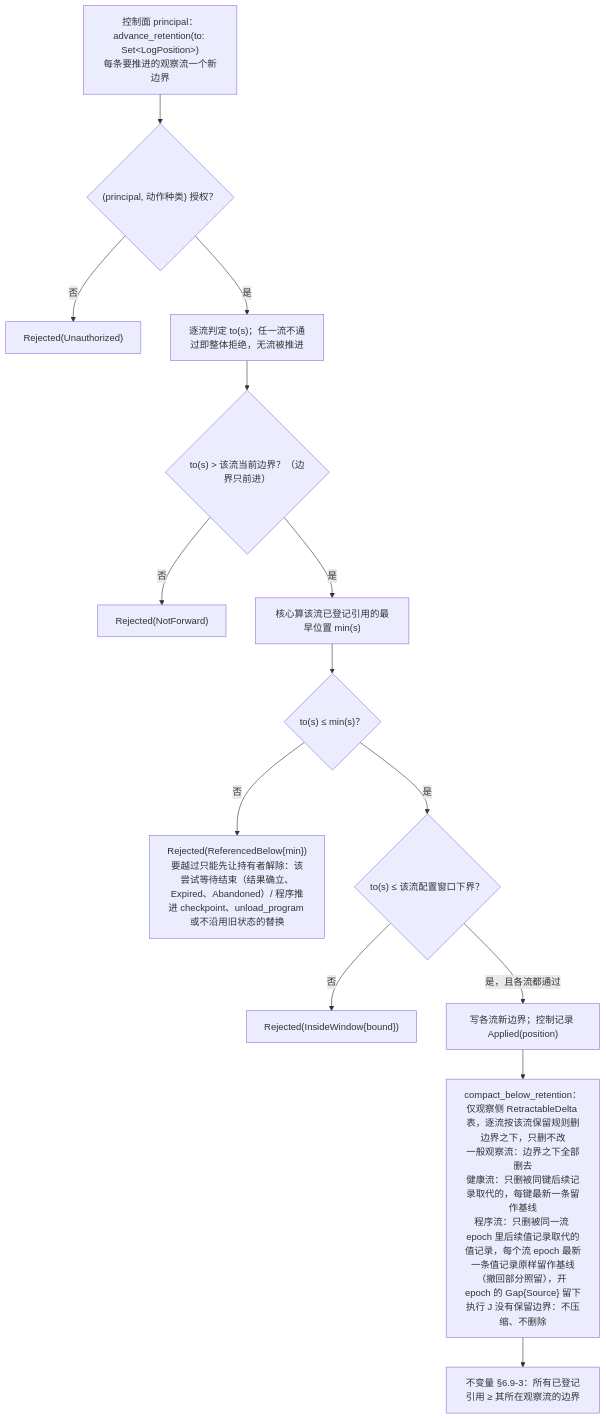
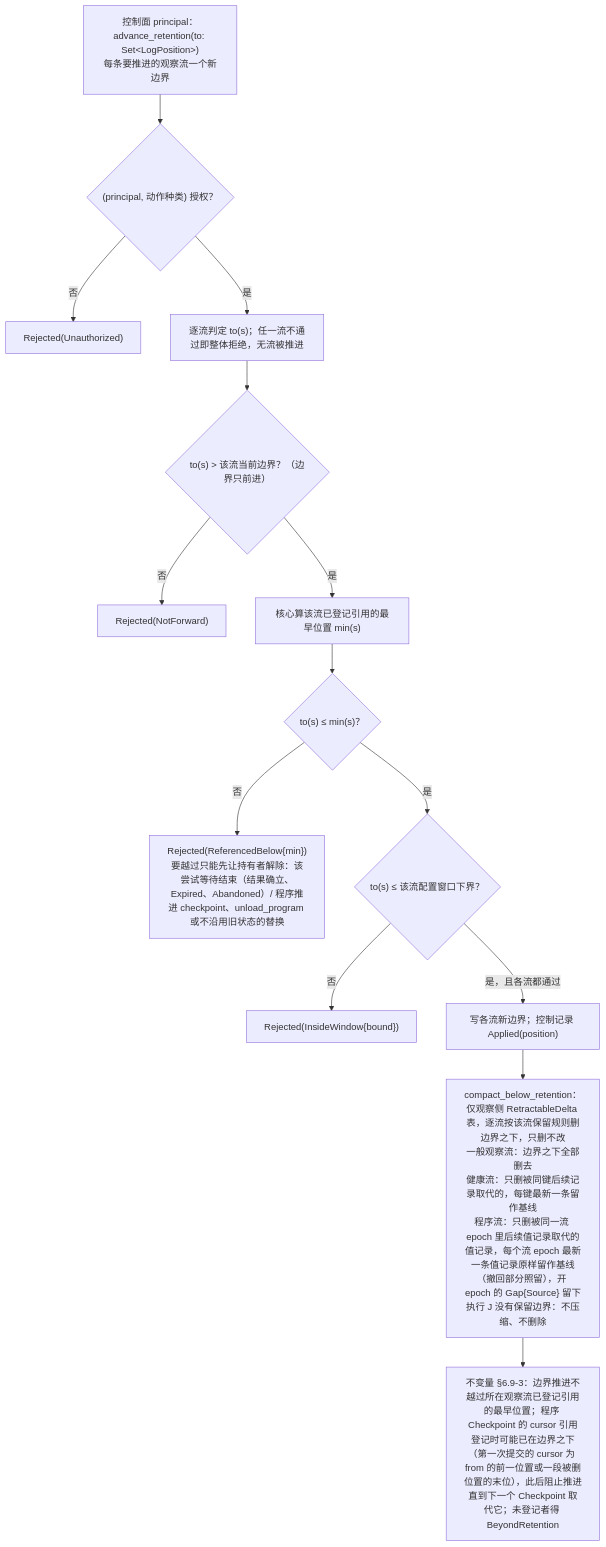
One commit to mouriya-s-lab/uta changed the second of 3 diagrams in design/diagrams/08-retention-and-references.md. Above: the diagram before and after it, drawn with Mermaid. The commit also changed other lines of this file and 14 other files, not shown here.

Commit message:
design: native handover scoped to one host execution by (name, hash) and fails closed with NativeHandoverFailed; through events only at computable positions relative to folded_below; retention invariant restated for checkpoint references registered below the boundary

````diff
--- a/design/diagrams/08-retention-and-references.md
+++ b/design/diagrams/08-retention-and-references.md
@@ -47,16 +47,16 @@
 ```mermaid
 flowchart TB
   OP["控制面 principal：advance_retention(to: Set&lt;LogPosition&gt;)<br/>每条要推进的观察流一个新边界"] --> AUTH{"(principal, 动作种类) 授权？"}
   AUTH -->|"否"| U["Rejected(Unauthorized)"]
   AUTH -->|"是"| EACH["逐流判定 to(s)；任一流不通过即整体拒绝，无流被推进"]
   EACH --> MONO{"to(s) > 该流当前边界？（边界只前进）"}
   MONO -->|"否"| RJ0["Rejected(NotForward)"]
   MONO -->|"是"| MIN["核心算该流已登记引用的最早位置 min(s)"]
   MIN --> CMP{"to(s) ≤ min(s)？"}
   CMP -->|"否"| RJ["Rejected(ReferencedBelow{min})<br/>要越过只能先让持有者解除：该尝试等待结束（结果确立、Expired、Abandoned）/ 程序推进 checkpoint、unload_program 或不沿用旧状态的替换"]
   CMP -->|"是"| WIN{"to(s) ≤ 该流配置窗口下界？"}
   WIN -->|"否"| RJ2["Rejected(InsideWindow{bound})"]
   WIN -->|"是，且各流都通过"| APPLY["写各流新边界；控制记录 Applied(position)"]
   APPLY --> COMPACT["compact_below_retention：仅观察侧 RetractableDelta 表，逐流按该流保留规则删边界之下，只删不改<br/>一般观察流：边界之下全部删去<br/>健康流：只删被同键后续记录取代的，每键最新一条留作基线<br/>程序流：只删被同一流 epoch 里后续值记录取代的值记录，每个流 epoch 最新一条值记录原样留作基线（撤回部分照留），开 epoch 的 Gap{Source} 留下<br/>执行 J 没有保留边界：不压缩、不删除"]
-  COMPACT --> INV["不变量 §6.9-3：所有已登记引用 ≥ 其所在观察流的边界"]
+  COMPACT --> INV["不变量 §6.9-3：边界推进不越过所在观察流已登记引用的最早位置；程序 Checkpoint 的 cursor 引用登记时可能已在边界之下（第一次提交的 cursor 为 from 的前一位置或一段被删位置的末位），此后阻止推进直到下一个 Checkpoint 取代它；未登记者得 BeyondRetention"]
 ```
````
